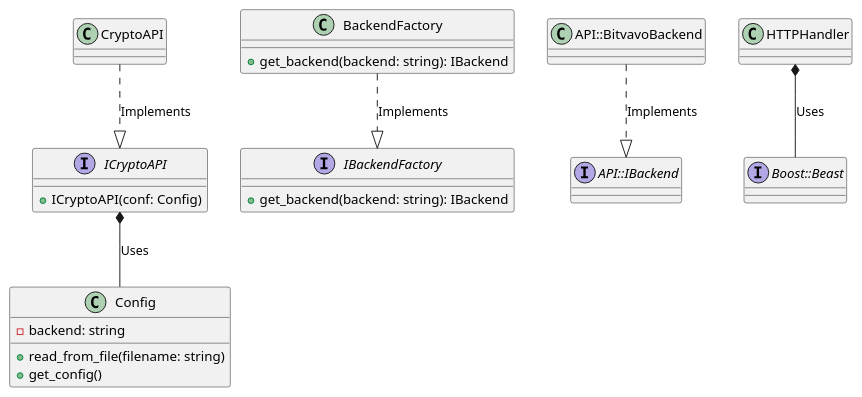
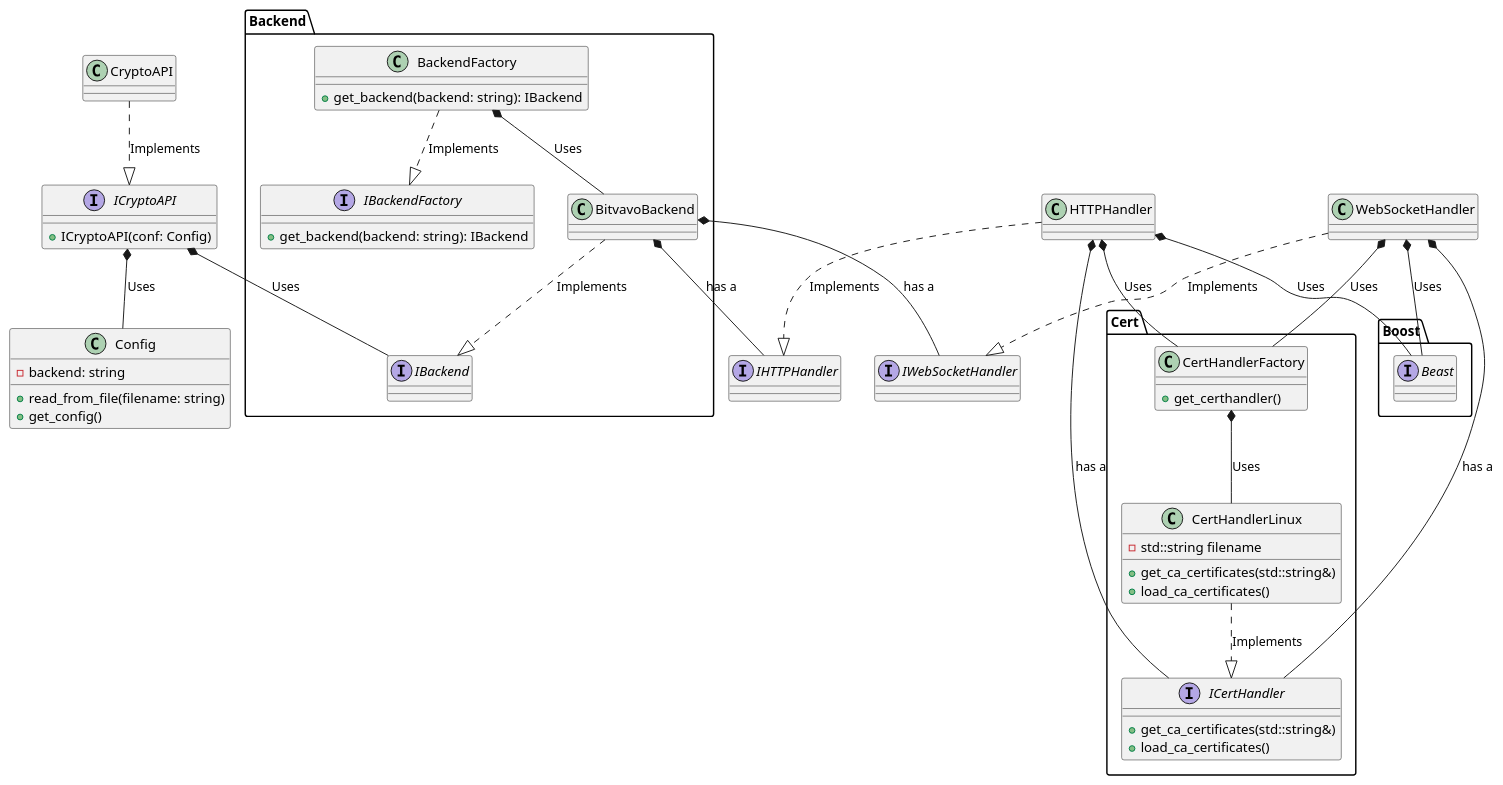
One commit to jochemste/crypto_api_lib changed the diagram in README.org. Above: the diagram before and after it, drawn with PlantUML. The commit also changed other lines of this file and 2 other files, not shown here.

Commit message:
Updated gitignore and readme/diagrams

```diff
--- a/README.org
+++ b/README.org
@@ -11,13 +12,16 @@
 #+begin_src plantuml :file docs/images/classdiagram.png
+  set separator ::
+
   interface ICryptoAPI {
           + ICryptoAPI(conf: Config)
   }
 
-  interface IBackendFactory {
-          + get_backend(backend: string): IBackend
+  interface IHTTPHandler {
+
   }
 
-  interface API::IBackend {
+  interface IWebSocketHandler {
+
   }
 
   interface Boost::Beast {
@@ -27,11 +31,26 @@
   class CryptoAPI {
   }
 
-  class API::BitvavoBackend {
-  }
+  namespace Backend {
 
-  class BackendFactory {
-          + get_backend(backend: string): IBackend
+
+          interface IBackendFactory {
+                  + get_backend(backend: string): IBackend
+          }
+
+          interface IBackend {
+          }
+
+          class BitvavoBackend {
+          }
+
+          class BackendFactory {
+                  + get_backend(backend: string): IBackend
+          }
+
+          BitvavoBackend ..|> IBackend: Implements
+          BackendFactory ..|> IBackendFactory: Implements
+
   }
 
   class Config {
@@ -44,16 +63,52 @@
 
   }
 
+  class WebSocketHandler {
+
+  }
+
+
+
+  namespace Cert {
+
+          interface ICertHandler {
+                  + get_ca_certificates(std::string&)
+                  + load_ca_certificates()
+          }
+
+          class CertHandlerLinux {
+                  + get_ca_certificates(std::string&)
+                  + load_ca_certificates()
+                  - std::string filename
+          }
+
+          class CertHandlerFactory {
+                  + get_certhandler()
+          }
+
+          CertHandlerLinux ..|> ICertHandler: Implements
+          CertHandlerFactory *-- CertHandlerLinux: Uses
+  }
+
   /'
    ' Interface implementation relations
    '/
   CryptoAPI ..|> ICryptoAPI: Implements
-  API::BitvavoBackend ..|> API::IBackend: Implements
-  BackendFactory ..|> IBackendFactory: Implements
+  HTTPHandler ..|> IHTTPHandler: Implements
+  WebSocketHandler ..|> IWebSocketHandler: Implements
 
   /'
    ' Uses relations
    '/
   ICryptoAPI *-- Config: Uses
   HTTPHandler *-- Boost::Beast: Uses
+  WebSocketHandler *-- Boost::Beast: Uses
+  Backend::BitvavoBackend *-- IHTTPHandler: has a
+  Backend::BitvavoBackend *-- IWebSocketHandler: has a
+  Backend::BackendFactory *-- Backend::BitvavoBackend: Uses
+  ICryptoAPI *-- Backend::IBackend: Uses
+  WebSocketHandler *-- Cert::ICertHandler: has a
+  HTTPHandler *-- Cert::ICertHandler: has a
+  WebSocketHandler *-- Cert::CertHandlerFactory: Uses
+  HTTPHandler *-- Cert::CertHandlerFactory: Uses
 #+end_src
```
